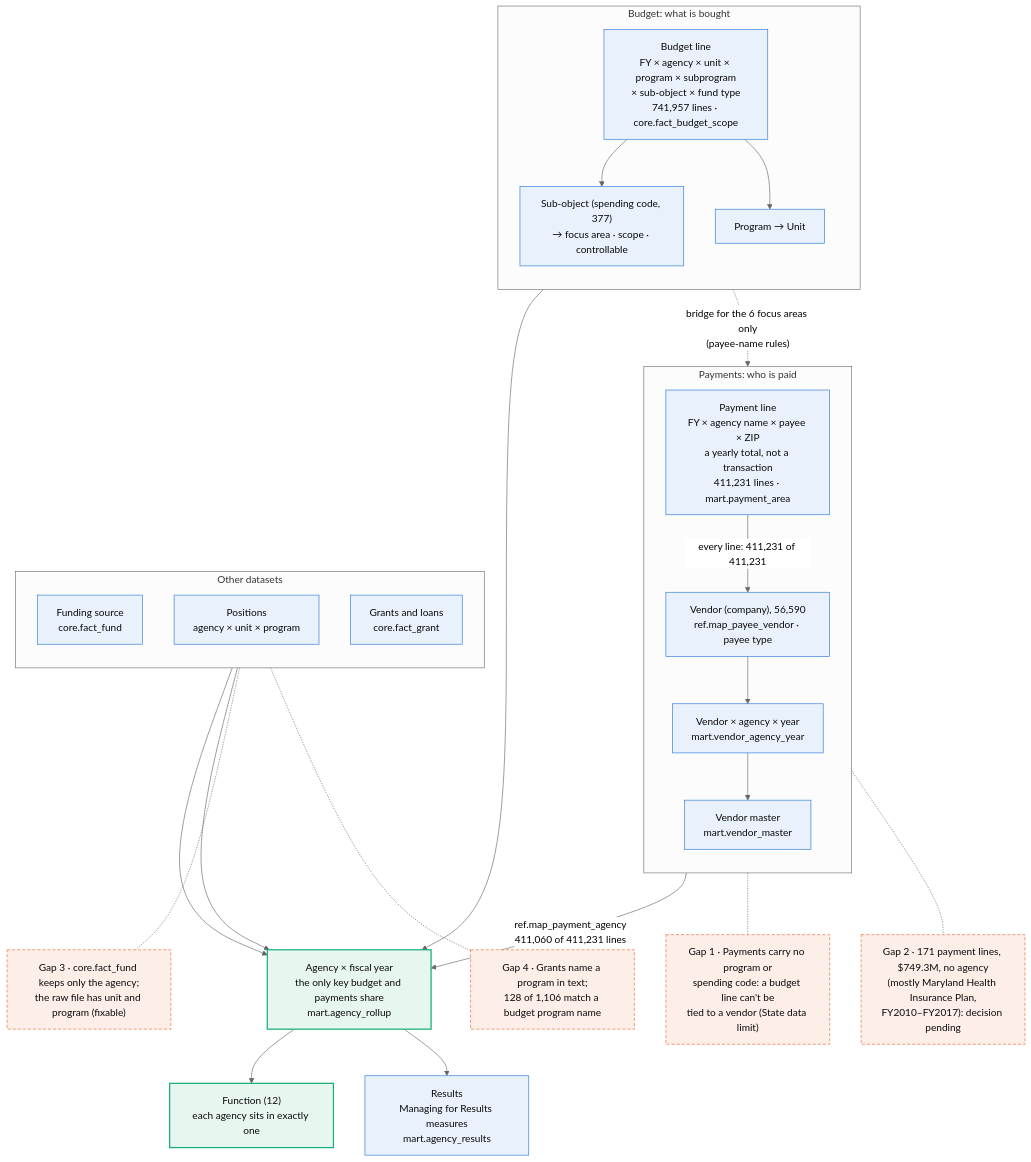
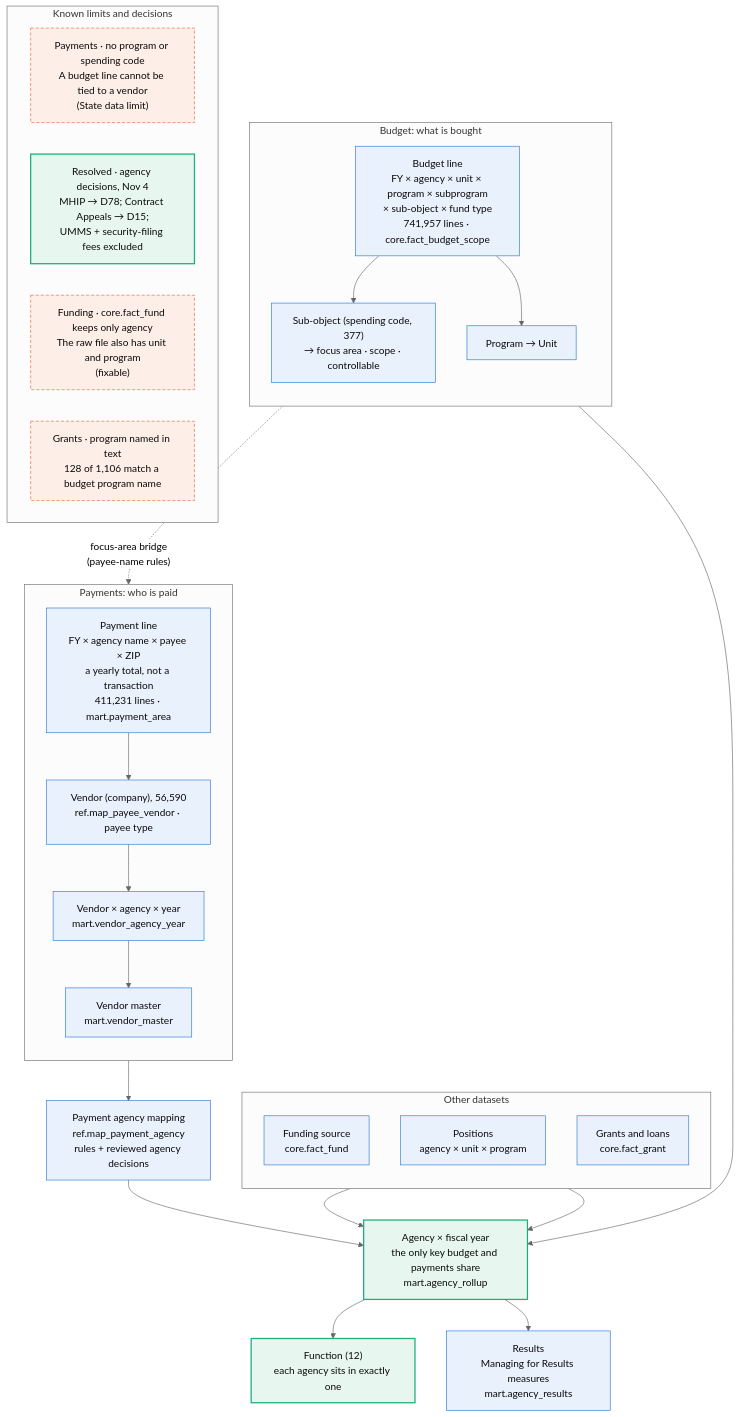
Before and after one commit to EVO3-Ecosystem/gmi-savings-tracker: the diagram in docs/figures/data_hierarchy.mmd, drawn with Mermaid (neutral theme). The commit also changed other lines of this file and 5 other files, not shown here.

Commit message:
Consolidate documentation and figure source fixes

```diff
--- a/docs/figures/data_hierarchy.mmd
+++ b/docs/figures/data_hierarchy.mmd
@@ -1,50 +1,50 @@
 flowchart TB
   classDef have fill:#e8f1fc,stroke:#2a78d6,color:#0b0b0b
   classDef gap fill:#fdeee8,stroke:#eb6834,color:#0b0b0b,stroke-dasharray:5 3
   classDef join fill:#e7f7f0,stroke:#1baf7a,color:#0b0b0b,stroke-width:2px
 
   subgraph BUD[Budget: what is bought]
     direction TB
     B1["Budget line<br/>FY × agency × unit × program × subprogram<br/>× sub-object × fund type<br/>741,957 lines · core.fact_budget_scope"]:::have
     B2["Sub-object (spending code, 377)<br/>→ focus area · scope · controllable"]:::have
     B3["Program → Unit"]:::have
     B1 --> B2
     B1 --> B3
   end
 
   subgraph PAY[Payments: who is paid]
     direction TB
     P1["Payment line<br/>FY × agency name × payee × ZIP<br/>a yearly total, not a transaction<br/>411,231 lines · mart.payment_area"]:::have
     P2["Vendor (company), 56,590<br/>ref.map_payee_vendor · payee type"]:::have
     P3["Vendor × agency × year<br/>mart.vendor_agency_year"]:::have
     P4["Vendor master<br/>mart.vendor_master"]:::have
-    P1 -->|"every line: 411,231 of 411,231"| P2 --> P3 --> P4
+    P1 --> P2 --> P3 --> P4
   end
 
   subgraph OTH[Other datasets]
     direction TB
     FS["Funding source<br/>core.fact_fund"]:::have
     FT["Positions<br/>agency × unit × program"]:::have
     GR["Grants and loans<br/>core.fact_grant"]:::have
   end
 
+  MAP["Payment agency mapping<br/>ref.map_payment_agency<br/>rules + reviewed agency decisions"]:::have
   A["Agency × fiscal year<br/>the only key budget and payments share<br/>mart.agency_rollup"]:::join
   F["Function (12)<br/>each agency sits in exactly one"]:::join
   R["Results<br/>Managing for Results measures<br/>mart.agency_results"]:::have
 
   B3 --> A
-  P1 -->|"ref.map_payment_agency<br/>411,060 of 411,231 lines"| A
+  P1 --> MAP --> A
   FS --> A
   FT --> A
   A --> F
   A --> R
-  B2 -.->|"bridge for the 6 focus areas only<br/>(payee-name rules)"| P2
+  B2 -.->|"focus-area bridge<br/>(payee-name rules)"| P2
 
-  G1["Gap 1 · Payments carry no program or<br/>spending code: a budget line can't be<br/>tied to a vendor (State data limit)"]:::gap
-  G2["Gap 2 · 171 payment lines, $749.3M, no agency<br/>(mostly Maryland Health Insurance Plan,<br/>FY2010–FY2017): decision pending"]:::gap
-  G3["Gap 3 · core.fact_fund keeps only the agency;<br/>the raw file has unit and program (fixable)"]:::gap
-  G4["Gap 4 · Grants name a program in text;<br/>128 of 1,106 match a budget program name"]:::gap
-  P1 -.- G1
-  P1 -.- G2
-  FS -.- G3
-  GR -.- G4
+  subgraph LIM[Known limits and decisions]
+    direction LR
+    G1["Payments · no program or spending code<br/>A budget line cannot be tied to a vendor<br/>(State data limit)"]:::gap
+    G2["Resolved · agency decisions, Nov 4<br/>MHIP → D78; Contract Appeals → D15;<br/>UMMS + security-filing fees excluded"]:::join
+    G3["Funding · core.fact_fund keeps only agency<br/>The raw file also has unit and program<br/>(fixable)"]:::gap
+    G4["Grants · program named in text<br/>128 of 1,106 match a budget program name"]:::gap
+  end
```
